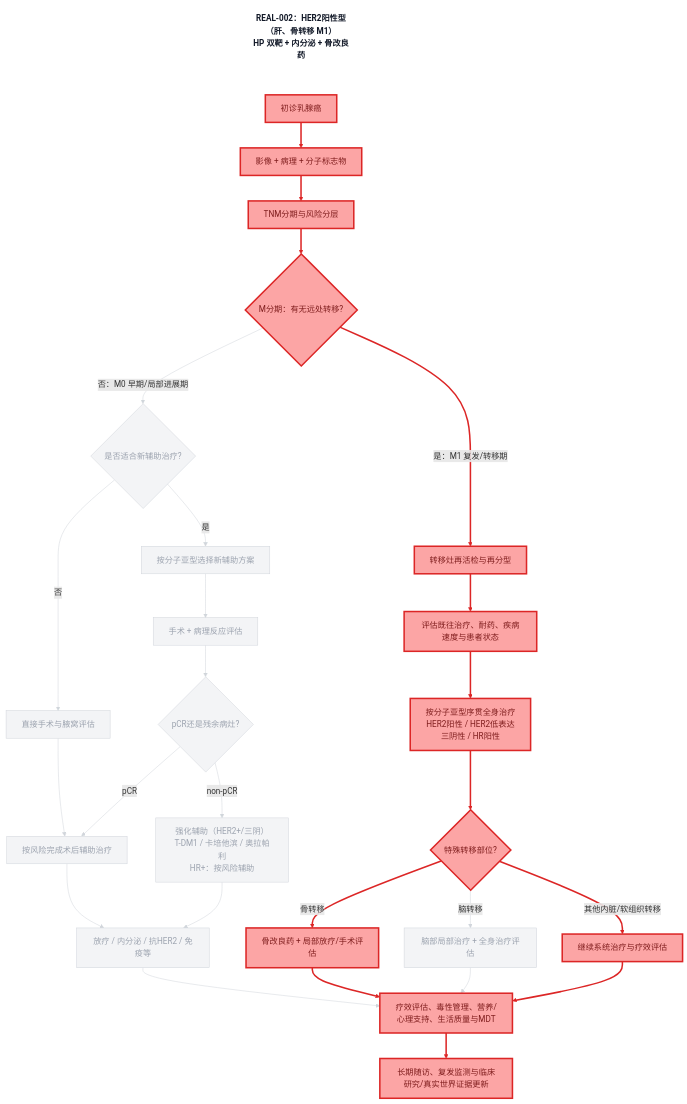
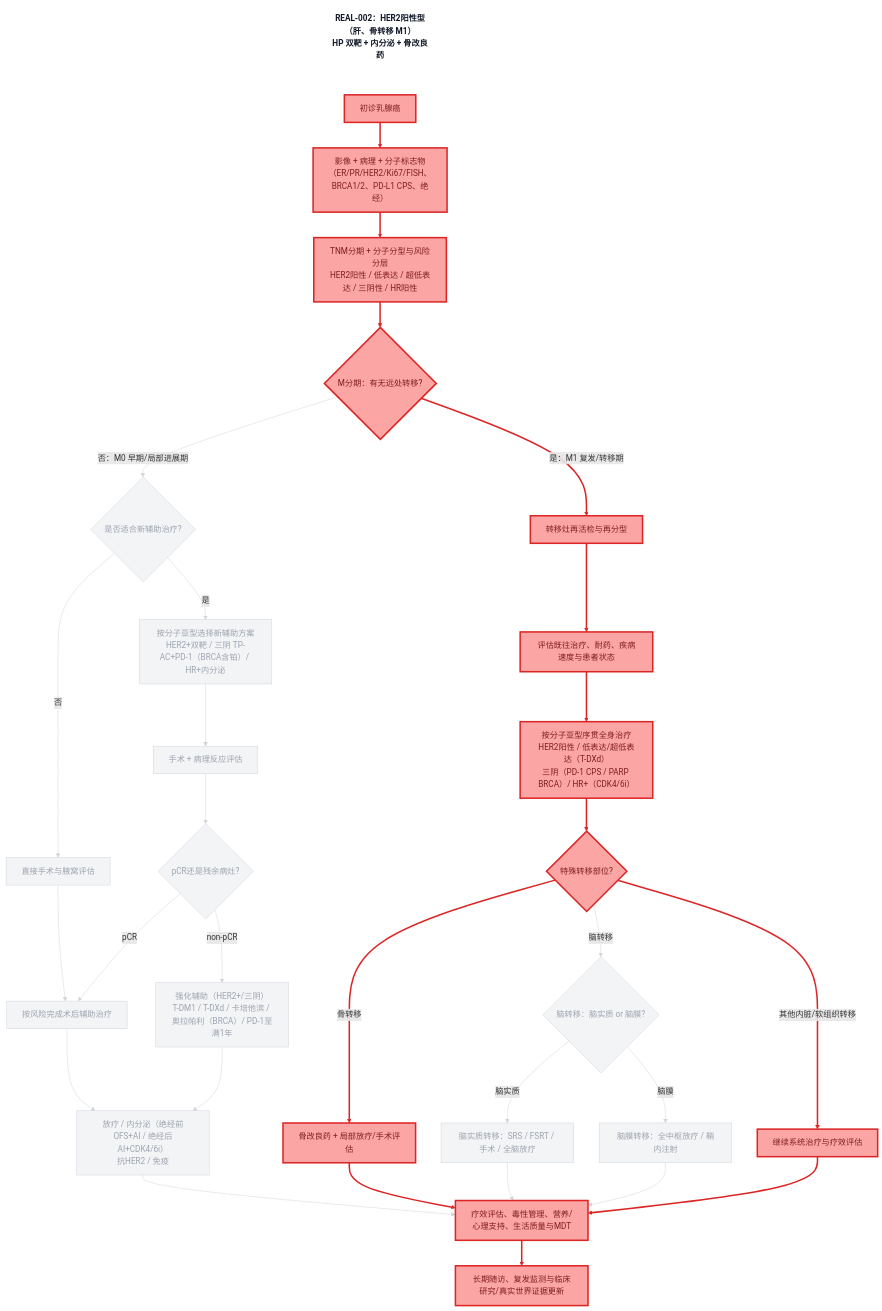
The diagram in diagrams/decision-chain-REAL-002.mmd (dongjb741280/breast-cancer), drawn with Mermaid before and after one commit. The commit also changed 24 other files, not shown here.

```diff
--- a/diagrams/decision-chain-REAL-002.mmd
+++ b/diagrams/decision-chain-REAL-002.mmd
@@ -1,99 +1,109 @@
 graph TD
     TITLE["REAL-002：HER2阳性型（肝、骨转移 M1）<br/>HP 双靶 + 内分泌 + 骨改良药"]
     A[初诊乳腺癌]
-    B[影像 + 病理 + 分子标志物]
-    C[TNM分期与风险分层]
+    B[影像 + 病理 + 分子标志物<br/>（ER/PR/HER2/Ki67/FISH、BRCA1/2、PD-L1 CPS、绝经）]
+    C[TNM分期 + 分子分型与风险分层<br/>HER2阳性 / 低表达 / 超低表达 / 三阴性 / HR阳性]
     D{M分期：有无远处转移?}
     E{是否适合新辅助治疗?}
-    F[按分子亚型选择新辅助方案]
+    F[按分子亚型选择新辅助方案<br/>HER2+双靶 / 三阴 TP-AC+PD-1（BRCA含铂）/ HR+内分泌]
     G[直接手术与腋窝评估]
     H[手术 + 病理反应评估]
     I{pCR还是残余病灶?}
     J[按风险完成术后辅助治疗]
-    K[强化辅助（HER2+/三阴）<br/>T-DM1 / 卡培他滨 / 奥拉帕利<br/>HR+：按风险辅助]
-    L[放疗 / 内分泌 / 抗HER2 / 免疫等]
+    K[强化辅助（HER2+/三阴）<br/>T-DM1 / T-DXd / 卡培他滨 / 奥拉帕利（BRCA）/ PD-1至满1年]
+    L[放疗 / 内分泌（绝经前OFS+AI / 绝经后AI+CDK4/6i）<br/>抗HER2 / 免疫]
     M[转移灶再活检与再分型]
     N[评估既往治疗、耐药、疾病速度与患者状态]
-    O[按分子亚型序贯全身治疗<br/>HER2阳性 / HER2低表达<br/>三阴性 / HR阳性]
+    O[按分子亚型序贯全身治疗<br/>HER2阳性 / 低表达/超低表达（T-DXd）<br/>三阴（PD-1 CPS / PARP BRCA）/ HR+（CDK4/6i）]
     P{特殊转移部位?}
     Q[骨改良药 + 局部放疗/手术评估]
-    R[脑部局部治疗 + 全身治疗评估]
+    R{脑转移：脑实质 or 脑膜?}
+    R1[脑实质转移：SRS / FSRT / 手术 / 全脑放疗]
+    R2[脑膜转移：全中枢放疗 / 鞘内注射]
     S[继续系统治疗与疗效评估]
     T[疗效评估、毒性管理、营养/心理支持、生活质量与MDT]
     U[长期随访、复发监测与临床研究/真实世界证据更新]
     A --> B
     B --> C
     C --> D
     D -->|否：M0 早期/局部进展期| E
     E -->|是| F
     E -->|否| G
     F --> H
     G --> J
     H --> I
     I -->|pCR| J
     I -->|non-pCR| K
     J --> L
     K --> L
     D -->|是：M1 复发/转移期| M
     M --> N
     N --> O
     O --> P
     P -->|骨转移| Q
     P -->|脑转移| R
     P -->|其他内脏/软组织转移| S
+    R -->|脑实质| R1
+    R -->|脑膜| R2
     L --> T
     Q --> T
-    R --> T
+    R1 --> T
+    R2 --> T
     S --> T
     T --> U
     TITLE ~~~ A
     classDef path fill:#fca5a5,stroke:#dc2626,color:#7f1d1d,stroke-width:3px;
     classDef dim fill:#f3f4f6,stroke:#d1d5db,color:#9ca3af,stroke-width:1px;
     classDef caption fill:#fff,stroke:none,color:#111827,font-weight:bold;
     class TITLE caption;
     class A path;
     class B path;
     class C path;
     class D path;
     class E dim;
     class F dim;
     class G dim;
     class H dim;
     class I dim;
     class J dim;
     class K dim;
     class L dim;
     class M path;
     class N path;
     class O path;
     class P path;
     class Q path;
     class R dim;
+    class R1 dim;
+    class R2 dim;
     class S path;
     class T path;
     class U path;
     linkStyle 0 stroke:#dc2626,stroke-width:3px;
     linkStyle 1 stroke:#dc2626,stroke-width:3px;
     linkStyle 2 stroke:#dc2626,stroke-width:3px;
     linkStyle 3 stroke:#d1d5db,stroke-width:1px;
     linkStyle 4 stroke:#d1d5db,stroke-width:1px;
     linkStyle 5 stroke:#d1d5db,stroke-width:1px;
     linkStyle 6 stroke:#d1d5db,stroke-width:1px;
     linkStyle 7 stroke:#d1d5db,stroke-width:1px;
     linkStyle 8 stroke:#d1d5db,stroke-width:1px;
     linkStyle 9 stroke:#d1d5db,stroke-width:1px;
     linkStyle 10 stroke:#d1d5db,stroke-width:1px;
     linkStyle 11 stroke:#d1d5db,stroke-width:1px;
     linkStyle 12 stroke:#d1d5db,stroke-width:1px;
     linkStyle 13 stroke:#dc2626,stroke-width:3px;
     linkStyle 14 stroke:#dc2626,stroke-width:3px;
     linkStyle 15 stroke:#dc2626,stroke-width:3px;
     linkStyle 16 stroke:#dc2626,stroke-width:3px;
     linkStyle 17 stroke:#dc2626,stroke-width:3px;
     linkStyle 18 stroke:#d1d5db,stroke-width:1px;
     linkStyle 19 stroke:#dc2626,stroke-width:3px;
     linkStyle 20 stroke:#d1d5db,stroke-width:1px;
-    linkStyle 21 stroke:#dc2626,stroke-width:3px;
+    linkStyle 21 stroke:#d1d5db,stroke-width:1px;
     linkStyle 22 stroke:#d1d5db,stroke-width:1px;
     linkStyle 23 stroke:#dc2626,stroke-width:3px;
-    linkStyle 24 stroke:#dc2626,stroke-width:3px;
+    linkStyle 24 stroke:#d1d5db,stroke-width:1px;
+    linkStyle 25 stroke:#d1d5db,stroke-width:1px;
+    linkStyle 26 stroke:#dc2626,stroke-width:3px;
+    linkStyle 27 stroke:#dc2626,stroke-width:3px;
```
